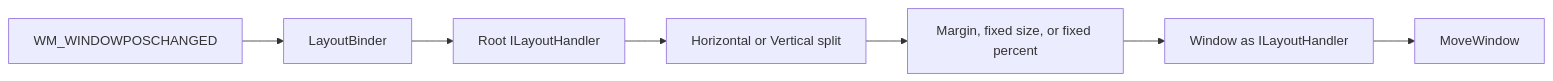
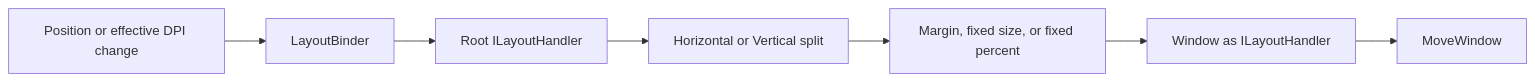
One commit to JeremyKuhne/thirtytwo changed the diagram in docs/layout-engine-evaluation.md. Above: the diagram before and after it, drawn with Mermaid. The commit also changed other lines of this file and 4 other files, not shown here.

Commit message:
Fix layout positioning and DPI relayout (#42)

````diff
--- a/docs/layout-engine-evaluation.md
+++ b/docs/layout-engine-evaluation.md
@@ -57,9 +58,9 @@
 ```mermaid
 flowchart LR
-    Message[WM_WINDOWPOSCHANGED] --> Binder[LayoutBinder]
+  Message[Position or effective DPI change] --> Binder[LayoutBinder]
     Binder --> Root[Root ILayoutHandler]
     Root --> Split[Horizontal or Vertical split]
     Split --> Transform[Margin, fixed size, or fixed percent]
     Transform --> Leaf[Window as ILayoutHandler]
     Leaf --> Move[MoveWindow]
 ```
````
